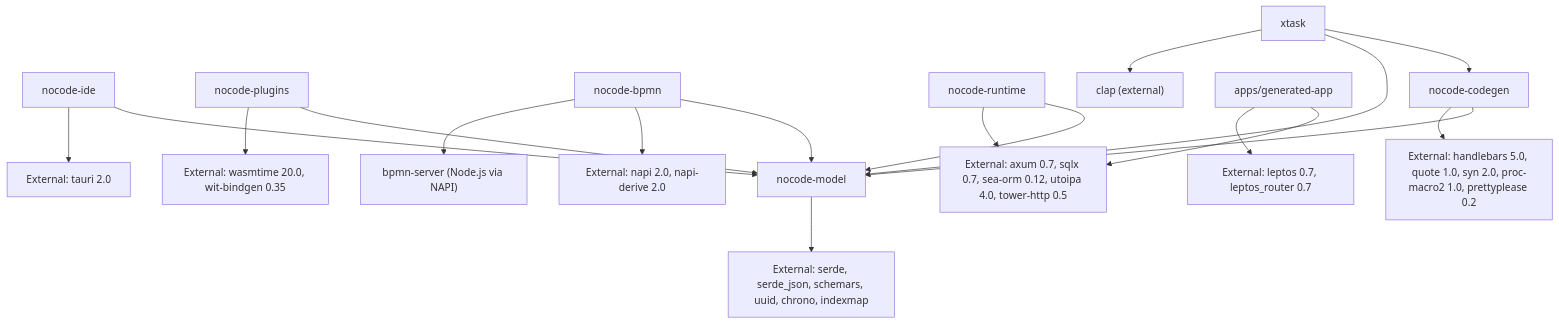
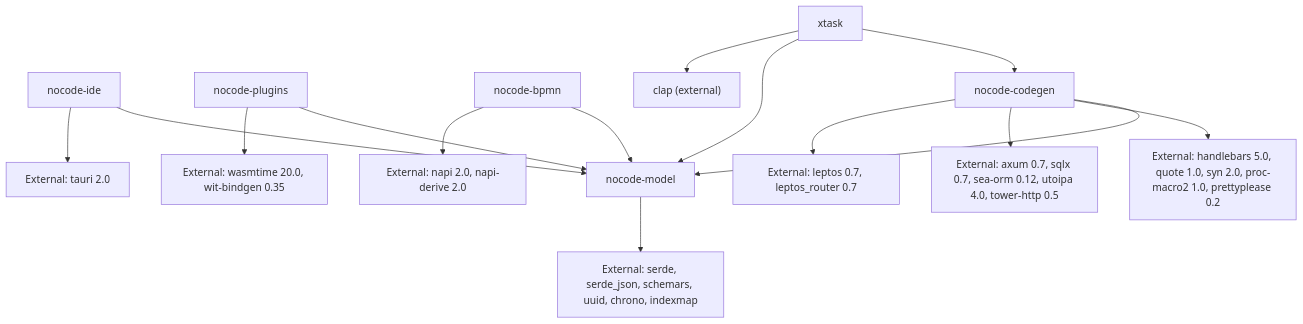
Before and after one commit to harrysuke/Bonafoid: the fourth of 16 diagrams in docs/System Architecture Diagrams.md, drawn with Mermaid. The commit also changed other lines of this file and 16 other files, not shown here.

````diff
--- a/docs/System Architecture Diagrams.md
+++ b/docs/System Architecture Diagrams.md
@@ -237,27 +238,23 @@
 ```mermaid
 graph TD
     Model["nocode-model"] --> Base["External: serde, serde_json, schemars, uuid, chrono, indexmap"]
     
     Ide["nocode-ide"] --> Model
     Ide --> Tauri["External: tauri 2.0"]
     
     Plugins["nocode-plugins"] --> Model
     Plugins --> Wasmtime["External: wasmtime 20.0, wit-bindgen 0.35"]
     
     BPMN["nocode-bpmn"] --> Model
     BPMN --> NAPI["External: napi 2.0, napi-derive 2.0"]
-    BPMN --> BpmnServerExt["bpmn-server (Node.js via NAPI)"]
-    
-    Runtime["nocode-runtime"] --> Model
-    Runtime --> Axum["External: axum 0.7, sqlx 0.7, sea-orm 0.12, utoipa 4.0, tower-http 0.5"]
     
     Codegen["nocode-codegen"] --> Model
     Codegen --> Templates["External: handlebars 5.0, quote 1.0, syn 2.0, proc-macro2 1.0, prettyplease 0.2"]
     
-    GeneratedApp["apps/generated-app"] --> Axum
-    GeneratedApp --> Leptos["External: leptos 0.7, leptos_router 0.7"]
+    Codegen --> Axum["External: axum 0.7, sqlx 0.7, sea-orm 0.12, utoipa 4.0, tower-http 0.5"]
+    Codegen --> Leptos["External: leptos 0.7, leptos_router 0.7"]
     
     XT["xtask"] --> Codegen
     XT --> Model
     XT --> CLI["clap (external)"]
 ```
````
